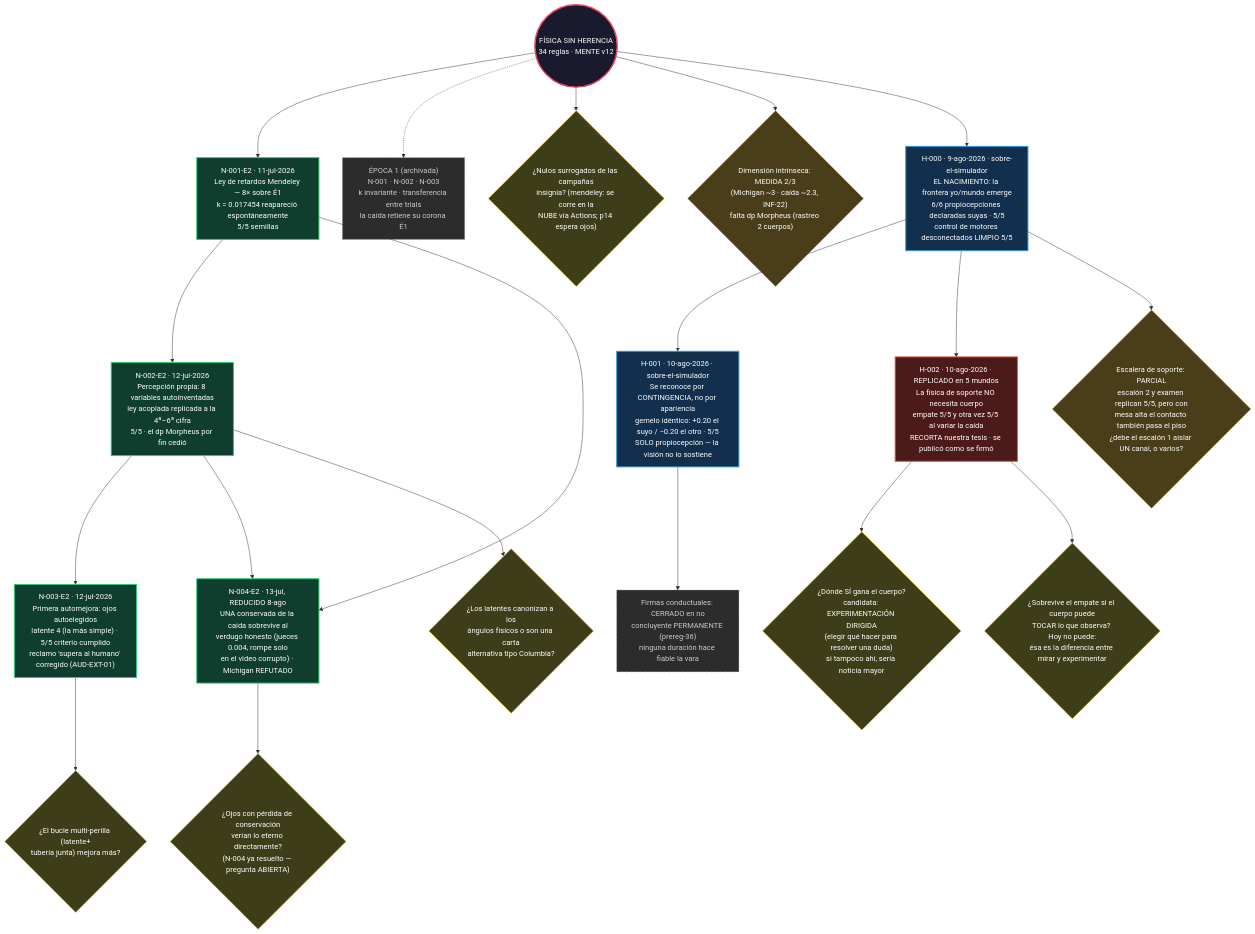
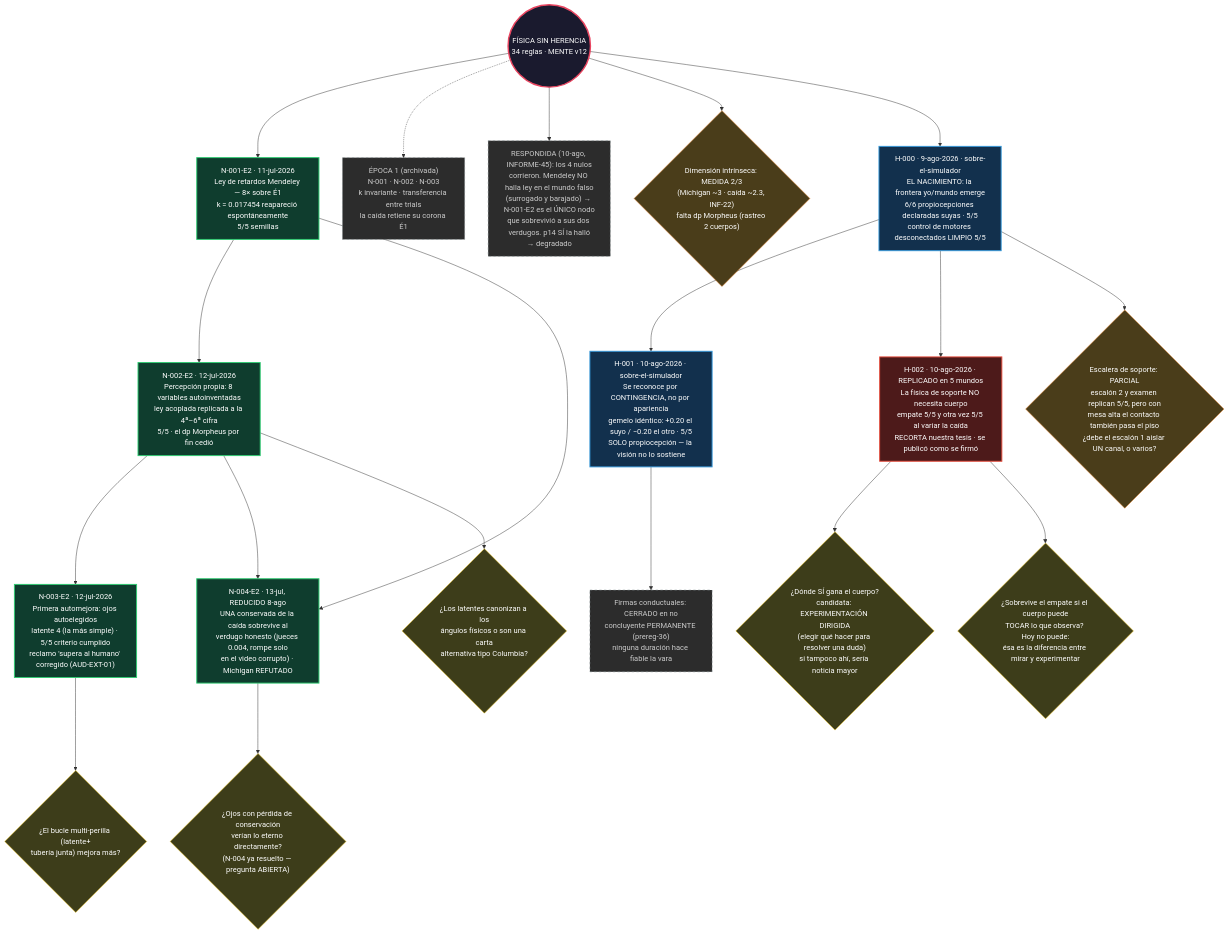
One commit to Leo-BRAVO/fisica-sin-herencia changed the diagram in arbol/ARBOL.md. Above: the diagram before and after it, drawn with Mermaid. The commit also changed 5 other files, not shown here.

````diff
--- a/arbol/ARBOL.md
+++ b/arbol/ARBOL.md
@@ -6,55 +6,55 @@
 ```mermaid
 graph TD
     RAIZ(("FÍSICA SIN HERENCIA<br/>34 reglas · MENTE v12")):::raiz
 
     E2N001["N-001-E2 · 11-jul-2026<br/>Ley de retardos Mendeley — 8× sobre É1<br/>k = 0.017454 reapareció espontáneamente<br/>5/5 semillas"]:::nodo
     E2N002["N-002-E2 · 12-jul-2026<br/>Percepción propia: 8 variables autoinventadas<br/>ley acoplada replicada a la 4ª–6ª cifra<br/>5/5 · el dp Morpheus por fin cedió"]:::nodo
     E2N003["N-003-E2 · 12-jul-2026<br/>Primera automejora: ojos autoelegidos<br/>latente 4 (la más simple) · 5/5 criterio cumplido<br/>reclamo 'supera al humano' corregido (AUD-EXT-01)"]:::nodo
     E2N004["N-004-E2 · 13-jul, REDUCIDO 8-ago<br/>UNA conservada de la caída sobrevive al<br/>verdugo honesto (jueces 0.004, rompe solo<br/>en el video corrupto) · Michigan REFUTADO"]:::nodo
 
     E1["ÉPOCA 1 (archivada)<br/>N-001 · N-002 · N-003<br/>k invariante · transferencia entre trials<br/>la caída retiene su corona É1"]:::archivo
 
     H000["H-000 · 9-ago-2026 · sobre-el-simulador<br/>EL NACIMIENTO: la frontera yo/mundo emerge<br/>6/6 propiocepciones declaradas suyas · 5/5<br/>control de motores desconectados LIMPIO 5/5"]:::capacidad
     H001["H-001 · 10-ago-2026 · sobre-el-simulador<br/>Se reconoce por CONTINGENCIA, no por apariencia<br/>gemelo idéntico: +0.20 el suyo / −0.20 el otro · 5/5<br/>SOLO propiocepción — la visión no lo sostiene"]:::capacidad
     H002["H-002 · 10-ago-2026 · REPLICADO en 5 mundos<br/>La física de soporte NO necesita cuerpo<br/>empate 5/5 y otra vez 5/5 al variar la caída<br/>RECORTA nuestra tesis · se publicó como se firmó"]:::recorte
 
     PB{"¿Dónde SÍ gana el cuerpo?<br/>candidata: EXPERIMENTACIÓN DIRIGIDA<br/>(elegir qué hacer para resolver una duda)<br/>si tampoco ahí, sería noticia mayor"}:::pregunta
     PC{"¿Sobrevive el empate si el cuerpo puede<br/>TOCAR lo que observa? Hoy no puede:<br/>ésa es la diferencia entre mirar y experimentar"}:::pregunta
     PD["Firmas conductuales: CERRADO en no<br/>concluyente PERMANENTE (prereg-36)<br/>ninguna duración hace fiable la vara"]:::archivo
     PE{"Escalera de soporte: PARCIAL<br/>escalón 2 y examen replican 5/5, pero con<br/>mesa alta el contacto también pasa el piso<br/>¿debe el escalón 1 aislar UN canal, o varios?"}:::parcial
 
-    P1{"¿Nulos surrogados de las campañas<br/>insignia? (mendeley: se corre en la<br/>NUBE vía Actions; p14 espera ojos)"}:::pregunta
+    P1["RESPONDIDA (10-ago, INFORME-45): los 4 nulos<br/>corrieron. Mendeley NO halla ley en el mundo falso<br/>(surrogado y barajado) → N-001-E2 es el ÚNICO nodo<br/>que sobrevivió a sus dos verdugos. p14 SÍ la halló<br/>→ degradado"]:::archivo
     P2{"Dimensión intrínseca: MEDIDA 2/3<br/>(Michigan ~3 · caída ~2.3, INF-22)<br/>falta dp Morpheus (rastreo 2 cuerpos)"}:::parcial
     P3{"¿Los latentes canonizan a los<br/>ángulos físicos o son una carta<br/>alternativa tipo Columbia?"}:::pregunta
     P4{"¿Ojos con pérdida de conservación<br/>verían lo eterno directamente?<br/>(N-004 ya resuelto — pregunta ABIERTA)"}:::pregunta
     P5{"¿El bucle multi-perilla (latente+<br/>tubería junta) mejora más?"}:::pregunta
 
     RAIZ --> E2N001
     RAIZ -.-> E1
     E2N001 --> E2N002
     E2N002 --> E2N003
     E2N001 --> E2N004
     E2N002 --> E2N004
     RAIZ --> P1
     RAIZ --> P2
     E2N002 --> P3
     E2N004 --> P4
     E2N003 --> P5
 
     RAIZ --> H000
     H000 --> H001
     H000 --> H002
     H002 --> PB
     H002 --> PC
     H001 --> PD
     H000 --> PE
 
     classDef capacidad fill:#12304d,stroke:#3498db,color:#fff,stroke-width:2px
     classDef recorte fill:#4d1a1a,stroke:#e74c3c,color:#fff,stroke-width:2px
     classDef parcial fill:#4a3d1a,stroke:#e67e22,color:#fff
     classDef raiz fill:#1a1a2e,stroke:#e94560,color:#fff,stroke-width:3px
     classDef nodo fill:#0f3d2e,stroke:#2ecc71,color:#fff,stroke-width:2px
     classDef cuarentena fill:#4a2d1a,stroke:#e67e22,color:#fff,stroke-width:2px
     classDef pregunta fill:#3d3d1a,stroke:#f1c40f,color:#fff
     classDef archivo fill:#2c2c2c,stroke:#7f8c8d,color:#ccc,stroke-dasharray: 5 5
 ```
````
